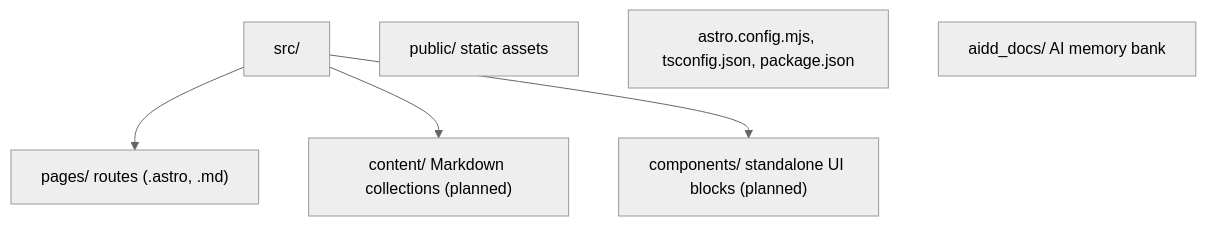
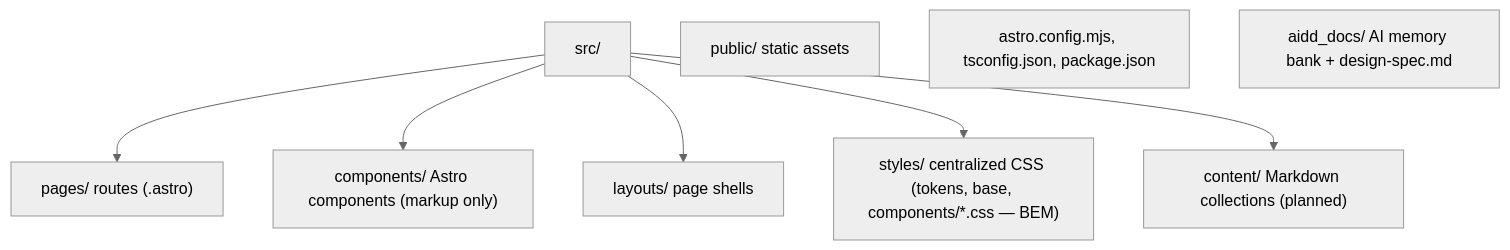
Before and after one commit to humanuoid/emonin.dev: the diagram in aidd_docs/memory/codebase-map.md, drawn with Mermaid (neutral theme). The commit also changed other lines of this file and 2 other files, not shown here.

Commit message:
chore(memory): refresh memory for centralized design system

````diff
--- a/aidd_docs/memory/codebase-map.md
+++ b/aidd_docs/memory/codebase-map.md
@@ -5,9 +5,11 @@
 ```mermaid
 flowchart TD
-    src["src/"] --> pages["pages/ routes (.astro, .md)"]
+    src["src/"] --> pages["pages/ routes (.astro)"]
+    src --> components["components/ Astro components (markup only)"]
+    src --> layouts["layouts/ page shells"]
+    src --> styles["styles/ centralized CSS (tokens, base, components/*.css — BEM)"]
     src --> content["content/ Markdown collections (planned)"]
-    src --> components["components/ standalone UI blocks (planned)"]
     public["public/ static assets"]
     config["astro.config.mjs, tsconfig.json, package.json"]
-    docs["aidd_docs/ AI memory bank"]
+    docs["aidd_docs/ AI memory bank + design-spec.md"]
 ```
````
